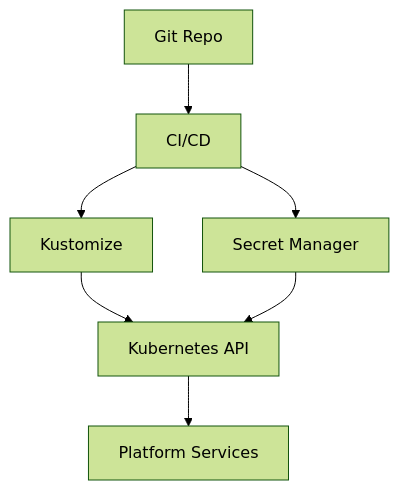
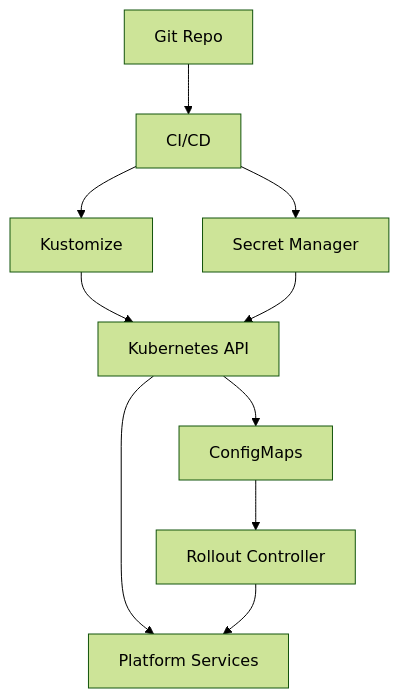
The seventh of 7 diagrams in .qoder/repowiki/en/content/Deployment and Operations/GitOps Workflow.md (metasync/luban-aiops), drawn with Mermaid (forest theme) before and after one commit. The commit also changed other lines of this file and 43 other files, not shown here.

````diff
--- a/.qoder/repowiki/en/content/Deployment and Operations/GitOps Workflow.md
+++ b/.qoder/repowiki/en/content/Deployment and Operations/GitOps Workflow.md
@@ -241,9 +347,12 @@
 ```mermaid
 graph TB
 Git["Git Repo"] --> CI["CI/CD"]
 CI --> Kust["Kustomize"]
 Kust --> K8s["Kubernetes API"]
 CI --> Secrets["Secret Manager"]
 Secrets --> K8s
 K8s --> Apps["Platform Services"]
+K8s --> CM["ConfigMaps"]
+CM --> Rollout["Rollout Controller"]
+Rollout --> Apps
 ```
````
